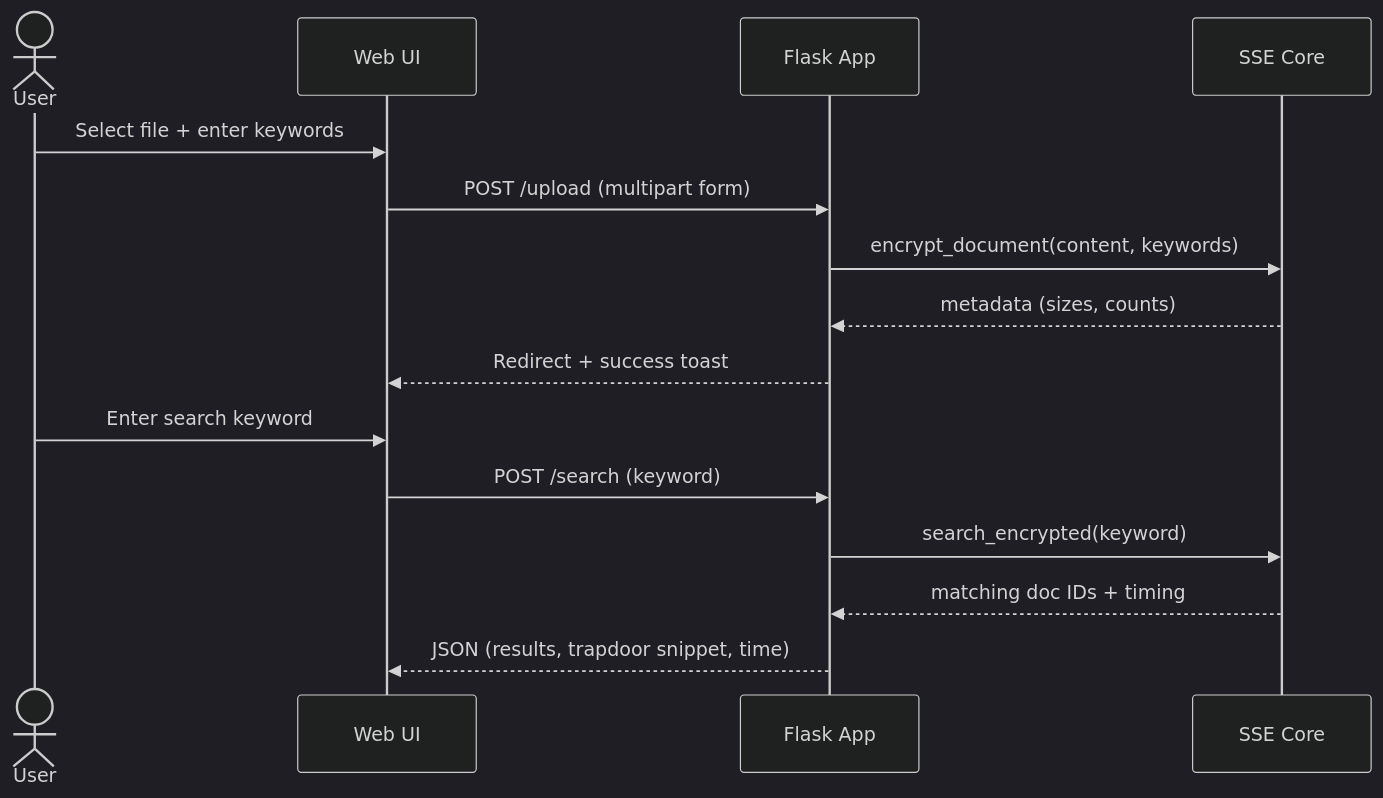
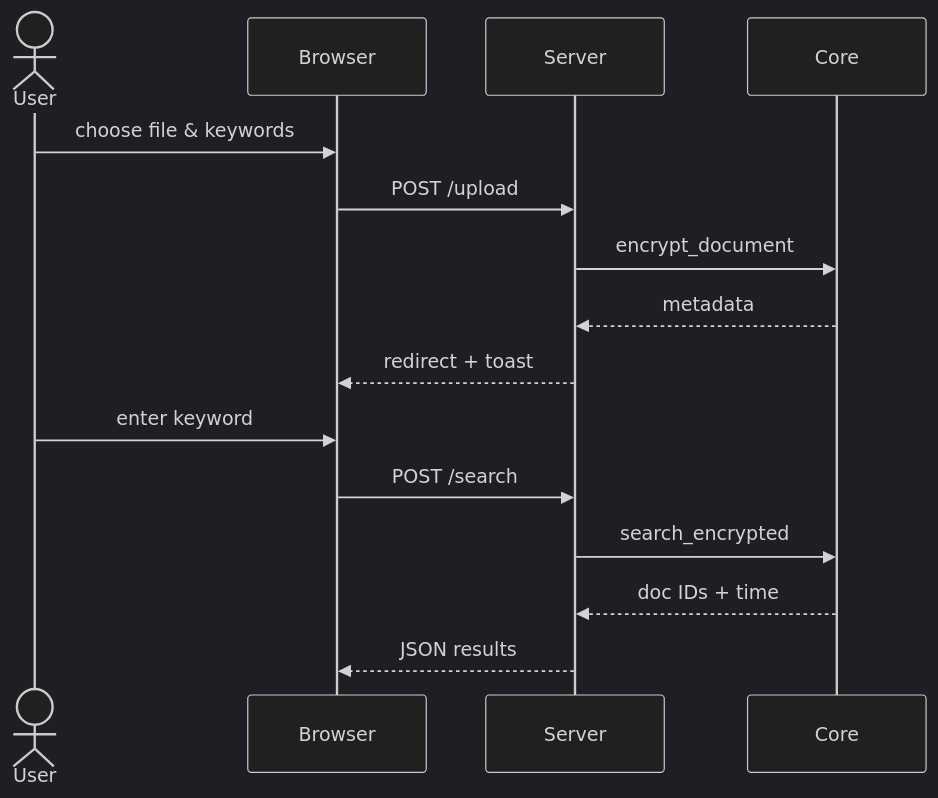
The third of 3 diagrams in REPORT.md (abhi-170/Crypto-Project), drawn with Mermaid (dark theme) before and after one commit. The commit also changed other lines of this file, not shown here.

````diff
--- a/REPORT.md
+++ b/REPORT.md
@@ -143,19 +140,19 @@
 ```mermaid
 sequenceDiagram
   actor User
-  participant Browser as Web UI
-  participant Flask as Flask App
-  participant Core as SSE Core
+  participant Browser
+  participant Server
+  participant Core
 
-  User->>Browser: Select file + enter keywords
-  Browser->>Flask: POST /upload (multipart form)
-  Flask->>Core: encrypt_document(content, keywords)
-  Core-->>Flask: metadata (sizes, counts)
-  Flask-->>Browser: Redirect + success toast
+  User->>Browser: choose file & keywords
+  Browser->>Server: POST /upload
+  Server->>Core: encrypt_document
+  Core-->>Server: metadata
+  Server-->>Browser: redirect + toast
 
-  User->>Browser: Enter search keyword
-  Browser->>Flask: POST /search (keyword)
-  Flask->>Core: search_encrypted(keyword)
-  Core-->>Flask: matching doc IDs + timing
-  Flask-->>Browser: JSON (results, trapdoor snippet, time)
+  User->>Browser: enter keyword
+  Browser->>Server: POST /search
+  Server->>Core: search_encrypted
+  Core-->>Server: doc IDs + time
+  Server-->>Browser: JSON results
 ```
````
